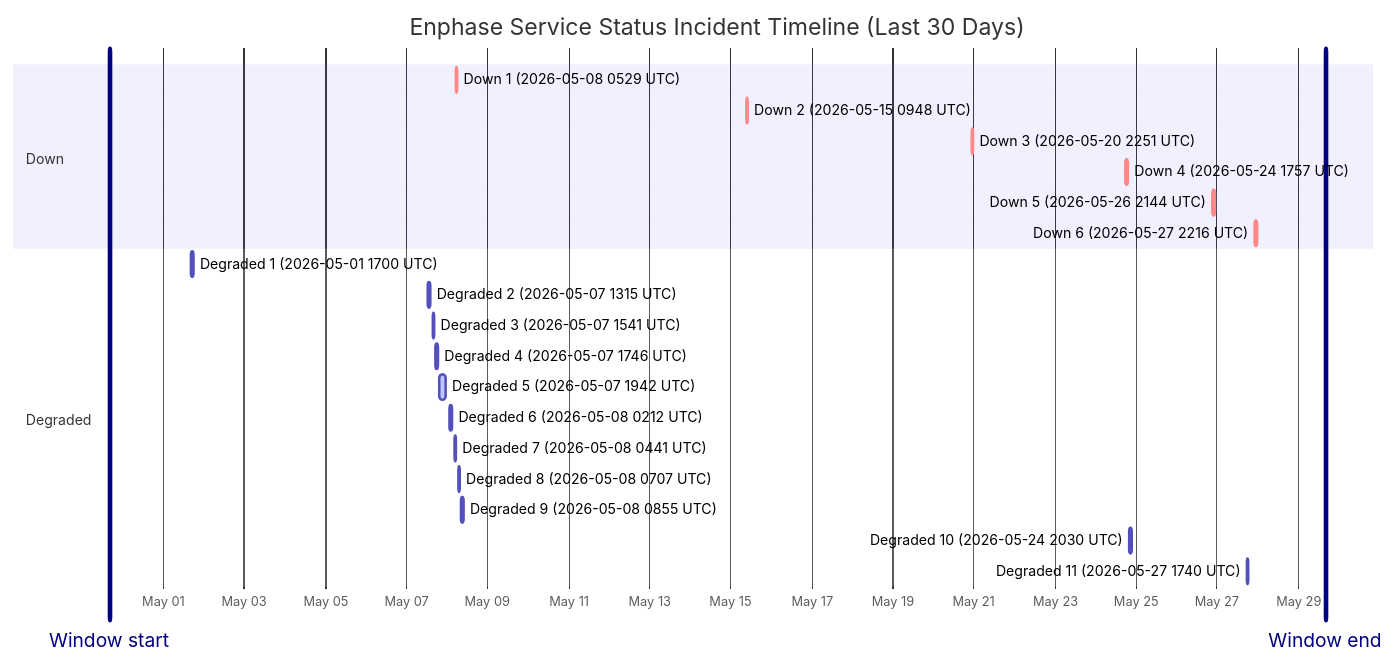
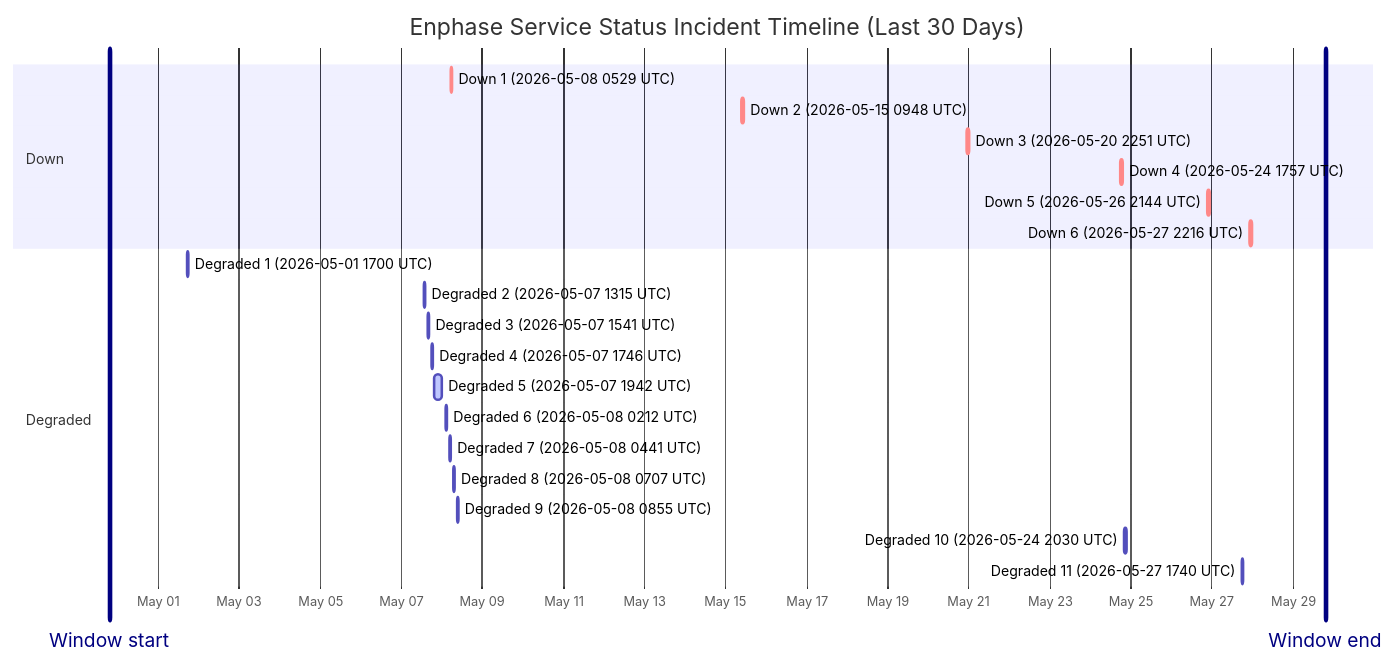
One commit to barneyonline/ha-enphase-ev-charger changed the diagram in wiki/Service-Status-History.md. Above: the diagram before and after it, drawn with Mermaid. The commit also changed other lines of this file and 3 other files, not shown here.

````diff
--- a/wiki/Service-Status-History.md
+++ b/wiki/Service-Status-History.md
@@ -14,27 +14,27 @@
 ```mermaid
 gantt
     title Enphase Service Status Incident Timeline (Last 30 Days)
     dateFormat  YYYY-MM-DDTHH:mm:ss
     axisFormat  %b %d
-    Window start :vert, window-start, 2026-04-29T16:14:29, 0ms
-    Window end :vert, window-end, 2026-05-29T16:14:29, 0ms
+    Window start :vert, window-start, 2026-04-29T19:08:01, 0ms
+    Window end :vert, window-end, 2026-05-29T19:08:01, 0ms
     section Down
     Down 1 (2026-05-08 0529 UTC) :crit, down-1, 2026-05-08T05:29:47, 60m
     Down 2 (2026-05-15 0948 UTC) :crit, down-2, 2026-05-15T09:48:18, 60m
     Down 3 (2026-05-20 2251 UTC) :crit, down-3, 2026-05-20T22:51:14, 75m
     Down 4 (2026-05-24 1757 UTC) :crit, down-4, 2026-05-24T17:57:41, 86m
     Down 5 (2026-05-26 2144 UTC) :crit, down-5, 2026-05-26T21:44:11, 85m
     Down 6 (2026-05-27 2216 UTC) :crit, down-6, 2026-05-27T22:16:53, 87m
     section Degraded
     Degraded 1 (2026-05-01 1700 UTC) :active, degraded-1, 2026-05-01T17:00:22, 60m
     Degraded 2 (2026-05-07 1315 UTC) :active, degraded-2, 2026-05-07T13:15:25, 60m
     Degraded 3 (2026-05-07 1541 UTC) :active, degraded-3, 2026-05-07T15:41:58, 60m
     Degraded 4 (2026-05-07 1746 UTC) :active, degraded-4, 2026-05-07T17:46:51, 60m
     Degraded 5 (2026-05-07 1942 UTC) :active, degraded-5, 2026-05-07T19:42:10, 249m
     Degraded 6 (2026-05-08 0212 UTC) :active, degraded-6, 2026-05-08T02:12:39, 60m
     Degraded 7 (2026-05-08 0441 UTC) :active, degraded-7, 2026-05-08T04:41:46, 60m
     Degraded 8 (2026-05-08 0707 UTC) :active, degraded-8, 2026-05-08T07:07:30, 60m
     Degraded 9 (2026-05-08 0855 UTC) :active, degraded-9, 2026-05-08T08:55:20, 88m
     Degraded 10 (2026-05-24 2030 UTC) :active, degraded-10, 2026-05-24T20:30:57, 84m
     Degraded 11 (2026-05-27 1740 UTC) :active, degraded-11, 2026-05-27T17:40:52, 60m
 ```
````
